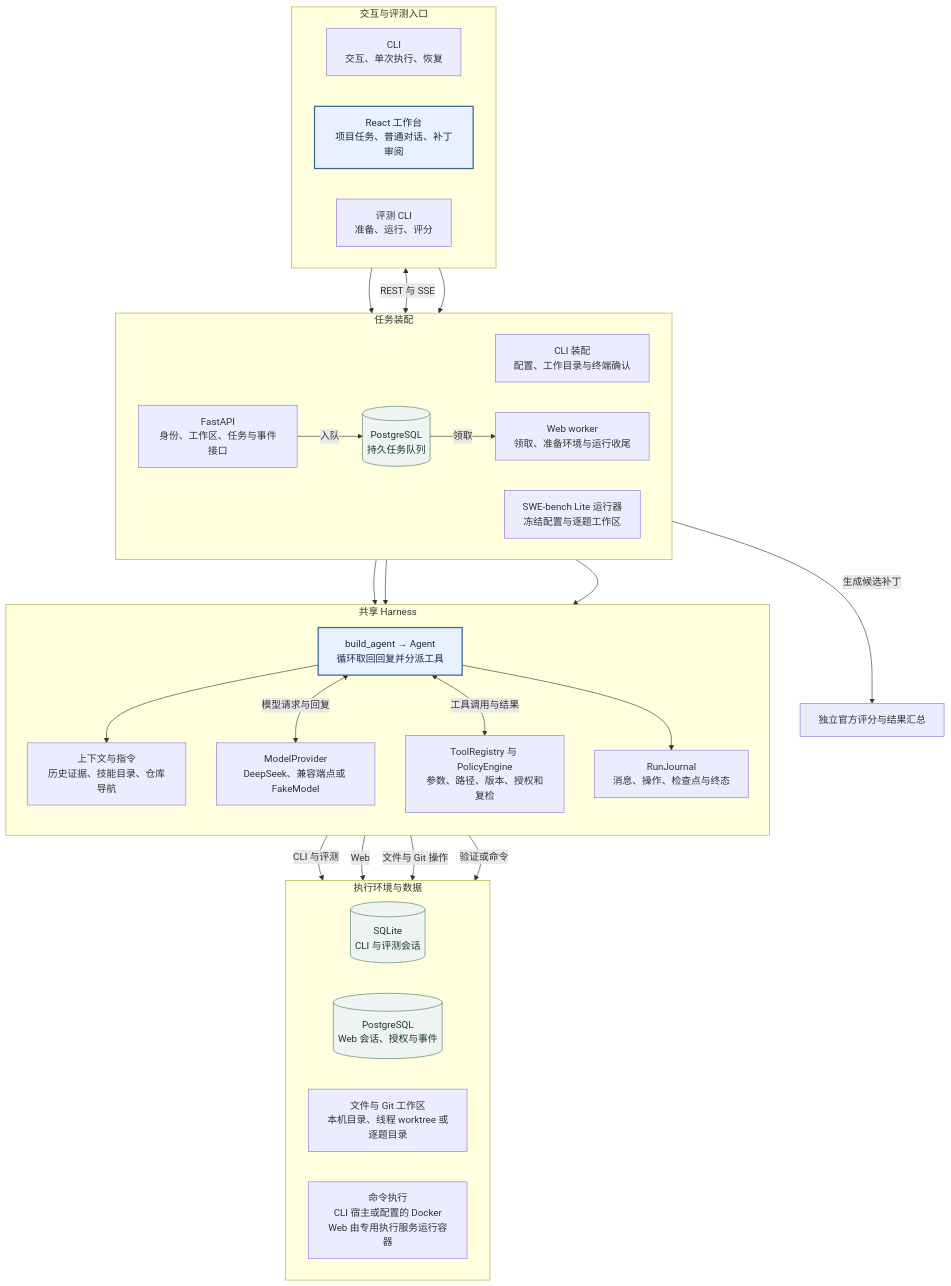
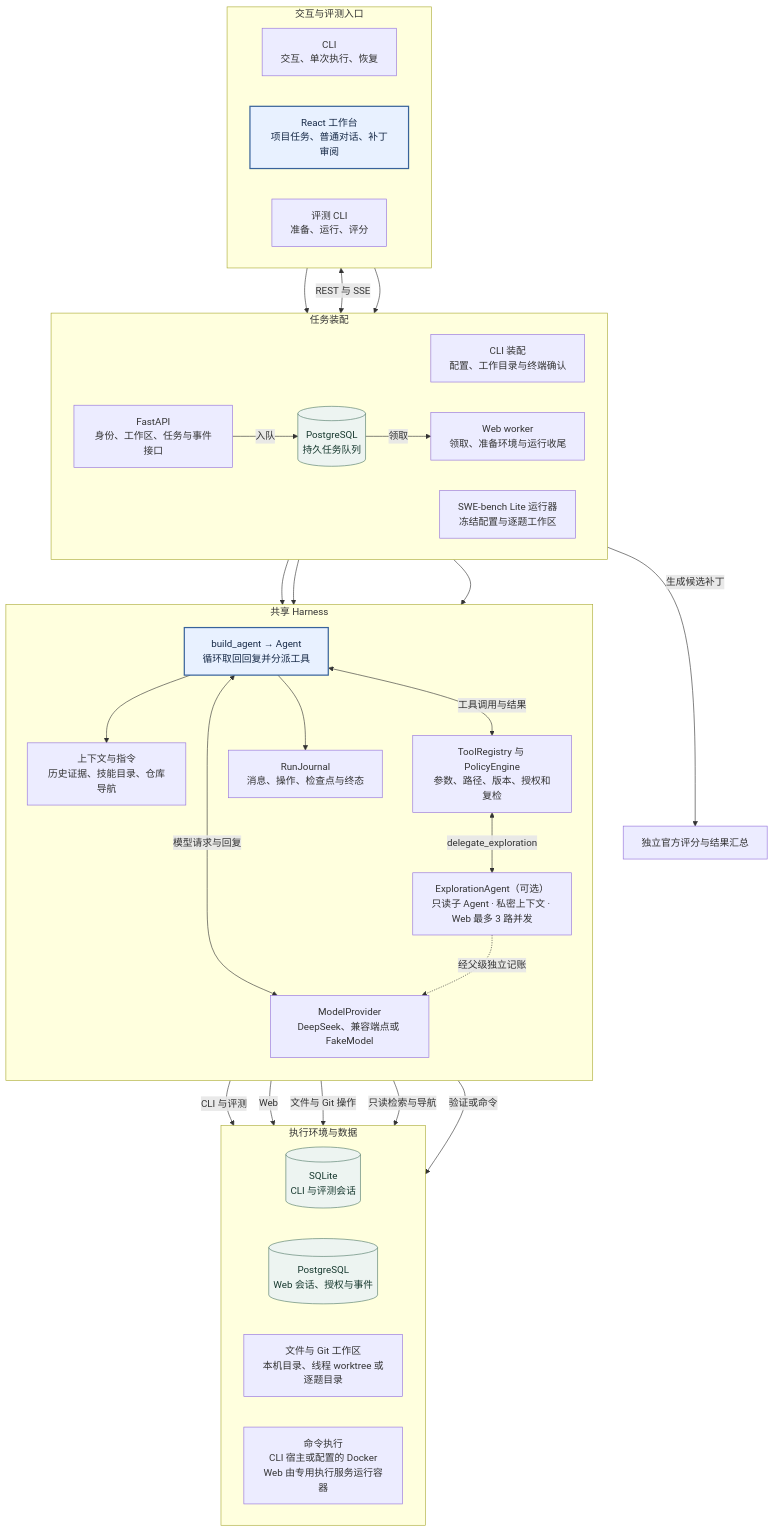
The first of 4 diagrams in docs/ARCHITECTURE.md (lyx0902/StellarWeaver), drawn with Mermaid before and after one commit. The commit also changed other lines of this file and 43 other files, not shown here.

````diff
--- a/docs/ARCHITECTURE.md
+++ b/docs/ARCHITECTURE.md
@@ -5,58 +5,62 @@
 ```mermaid
 flowchart TB
     subgraph Entrypoints["交互与评测入口"]
         direction LR
         CLI["CLI<br/>交互、单次执行、恢复"]
         Web["React 工作台<br/>项目任务、普通对话、补丁审阅"]
         Eval["评测 CLI<br/>准备、运行、评分"]
     end
 
     subgraph Assembly["任务装配"]
         direction LR
         Direct["CLI 装配<br/>配置、工作目录与终端确认"]
         API["FastAPI<br/>身份、工作区、任务与事件接口"]
         Queue[("PostgreSQL<br/>持久任务队列")]
         Worker["Web worker<br/>领取、准备环境与运行收尾"]
         Batch["SWE-bench Lite 运行器<br/>冻结配置与逐题工作区"]
     end
 
     subgraph Harness["共享 Harness"]
         direction TB
         Agent["build_agent → Agent<br/>循环取回回复并分派工具"]
         Context["上下文与指令<br/>历史证据、技能目录、仓库导航"]
         Provider["ModelProvider<br/>DeepSeek、兼容端点或 FakeModel"]
         Tools["ToolRegistry 与 PolicyEngine<br/>参数、路径、版本、授权和复检"]
+        Subagent["ExplorationAgent（可选）<br/>只读子 Agent · 私密上下文 · Web 最多 3 路并发"]
         Journal["RunJournal<br/>消息、操作、检查点与终态"]
         Agent --> Context
         Agent <-->|模型请求与回复| Provider
         Agent <-->|工具调用与结果| Tools
+        Tools <-->|delegate_exploration| Subagent
+        Subagent -.->|经父级独立记账| Provider
         Agent --> Journal
     end
 
     subgraph State["执行环境与数据"]
         direction LR
         Local[("SQLite<br/>CLI 与评测会话")]
         PG[("PostgreSQL<br/>Web 会话、授权与事件")]
         Files["文件与 Git 工作区<br/>本机目录、线程 worktree 或逐题目录"]
         Sandbox["命令执行<br/>CLI 宿主或配置的 Docker<br/>Web 由专用执行服务运行容器"]
     end
 
     CLI --> Direct
     Web <-->|REST 与 SSE| API
     Eval --> Batch
     API -->|入队| Queue
     Queue -->|领取| Worker
     Direct --> Agent
     Worker --> Agent
     Batch --> Agent
     Journal -->|CLI 与评测| Local
     Journal -->|Web| PG
     Tools -->|文件与 Git 操作| Files
+    Subagent -->|只读检索与导航| Files
     Tools -->|验证或命令| Sandbox
     Batch -->|生成候选补丁| Grade["独立官方评分与结果汇总"]
 
     classDef main fill:#e8f1ff,stroke:#38639b,color:#172a47,stroke-width:2px
     classDef data fill:#edf4f1,stroke:#527a69,color:#16382e
     class Web,Agent main
     class Local,PG,Queue data
 ```
````
